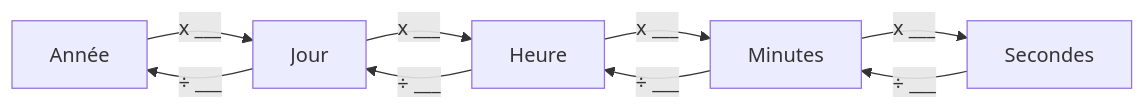
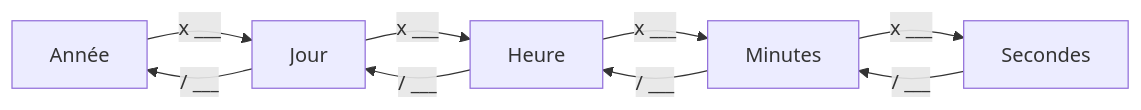
Before and after one commit to dubois-svt/courssvt: the first of 3 diagrams in docs/6e/MouvementTerre/RevolRotation.md, drawn with Mermaid. The commit also changed other lines of this file, not shown here.

Commit message:
correct symbole div

````diff
--- a/docs/6e/MouvementTerre/RevolRotation.md
+++ b/docs/6e/MouvementTerre/RevolRotation.md
@@ -86,13 +86,12 @@
 ```mermaid
 flowchart LR
     A[Année] -- x ___ --> B[Jour]
     B -- x  ___  --> C[Heure]
     C -- x  ___ --> D[Minutes]
     D -- x ___ --> E[Secondes]
 
-    B -- ÷ ___ --> A
-    C -- ÷ ___ --> B
-    D -- ÷ ___ --> C
-    E -- ÷ ___ --> D
-
+    B -- / ___ --> A
+    C -- / ___ --> B
+    D -- / ___ --> C
+    E -- / ___ --> D
 ```
````
